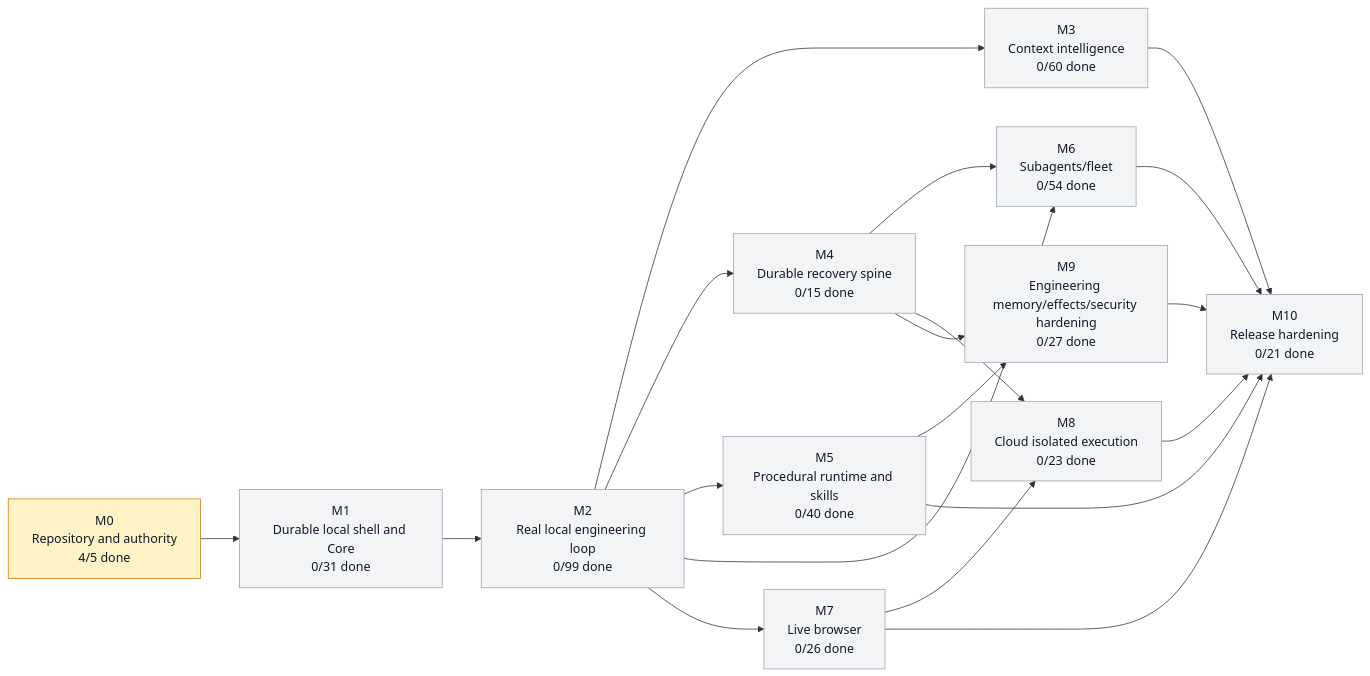
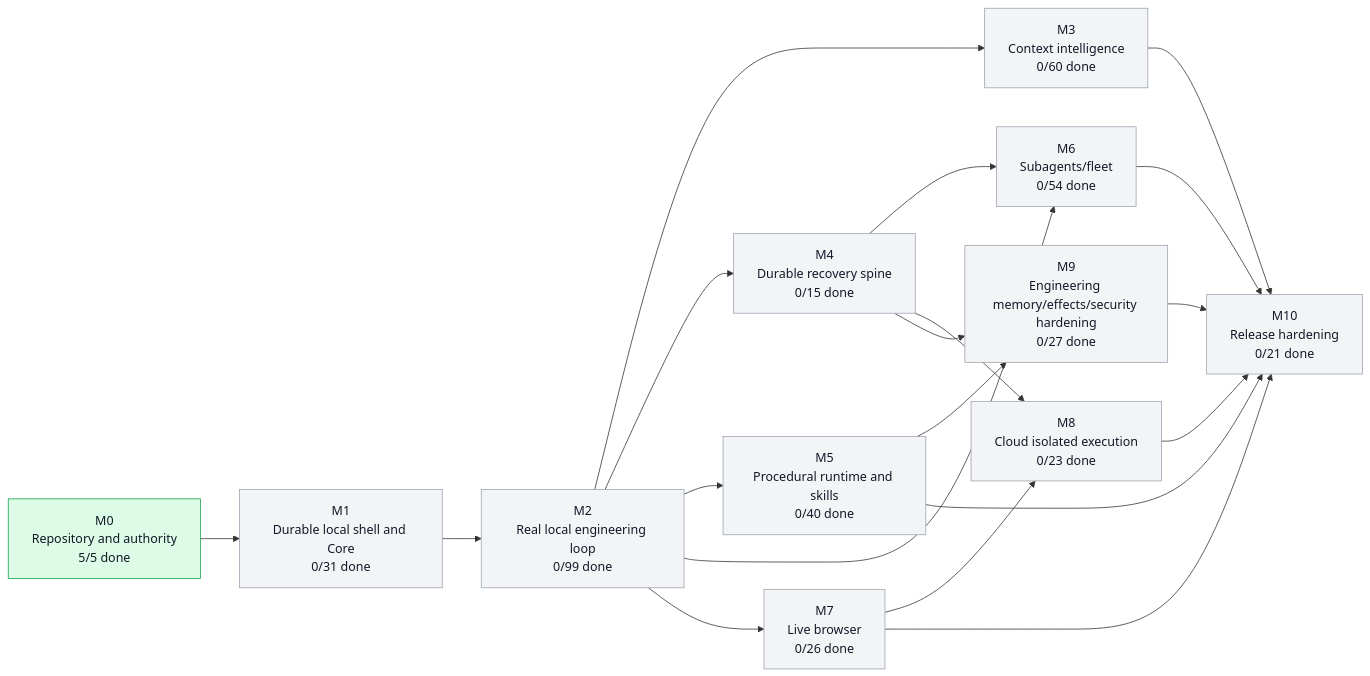
The first of 5 diagrams in graph/PROJECT_GRAPH.md (moss101/modbit), drawn with Mermaid before and after one commit. The commit also changed other lines of this file and 6 other files, not shown here.

````diff
--- a/graph/PROJECT_GRAPH.md
+++ b/graph/PROJECT_GRAPH.md
@@ -57,43 +57,43 @@
 ```mermaid
 flowchart LR
-  M0["M0<br/>Repository and authority<br/>4/5 done"]
+  M0["M0<br/>Repository and authority<br/>5/5 done"]
   M1["M1<br/>Durable local shell and Core<br/>0/31 done"]
   M2["M2<br/>Real local engineering loop<br/>0/99 done"]
   M3["M3<br/>Context intelligence<br/>0/60 done"]
   M4["M4<br/>Durable recovery spine<br/>0/15 done"]
   M5["M5<br/>Procedural runtime and skills<br/>0/40 done"]
   M6["M6<br/>Subagents/fleet<br/>0/54 done"]
   M7["M7<br/>Live browser<br/>0/26 done"]
   M8["M8<br/>Cloud isolated execution<br/>0/23 done"]
   M9["M9<br/>Engineering memory/effects/security hardening<br/>0/27 done"]
   M10["M10<br/>Release hardening<br/>0/21 done"]
   M0 --> M1
   M1 --> M2
   M2 --> M3
   M2 --> M4
   M2 --> M5
   M2 --> M6
   M4 --> M6
   M2 --> M7
   M4 --> M8
   M7 --> M8
   M4 --> M9
   M5 --> M9
   M3 --> M10
   M5 --> M10
   M6 --> M10
   M7 --> M10
   M8 --> M10
   M9 --> M10
-  style M0 fill:#fef3c7,stroke:#d97706,color:#111827
+  style M0 fill:#dcfce7,stroke:#16a34a,color:#111827
   style M1 fill:#f3f4f6,stroke:#9ca3af,color:#111827
   style M2 fill:#f3f4f6,stroke:#9ca3af,color:#111827
   style M3 fill:#f3f4f6,stroke:#9ca3af,color:#111827
   style M4 fill:#f3f4f6,stroke:#9ca3af,color:#111827
   style M5 fill:#f3f4f6,stroke:#9ca3af,color:#111827
   style M6 fill:#f3f4f6,stroke:#9ca3af,color:#111827
   style M7 fill:#f3f4f6,stroke:#9ca3af,color:#111827
   style M8 fill:#f3f4f6,stroke:#9ca3af,color:#111827
   style M9 fill:#f3f4f6,stroke:#9ca3af,color:#111827
   style M10 fill:#f3f4f6,stroke:#9ca3af,color:#111827
 ```
````
